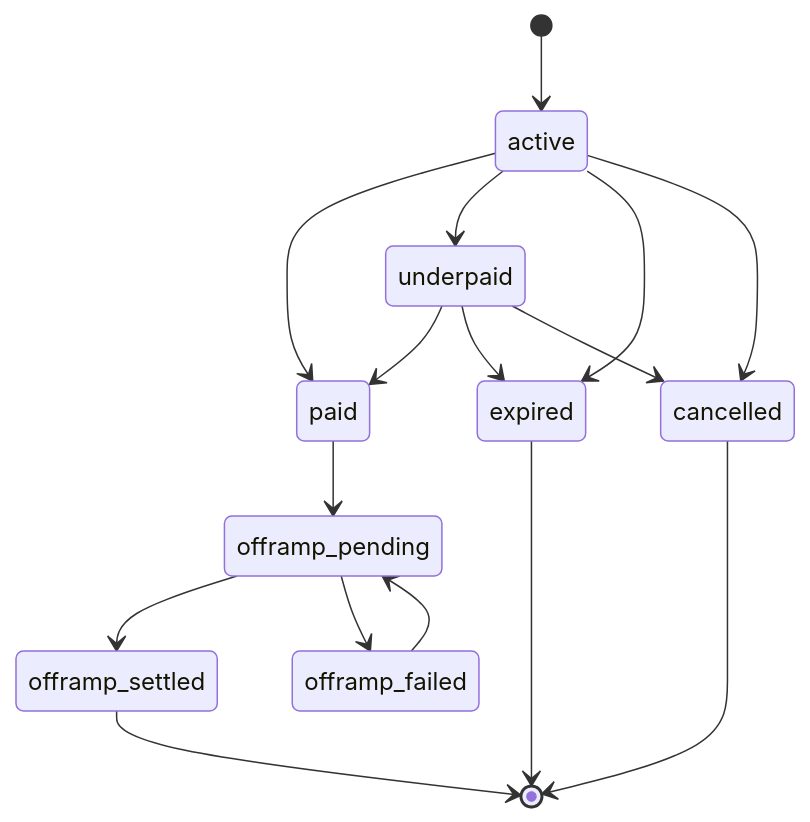
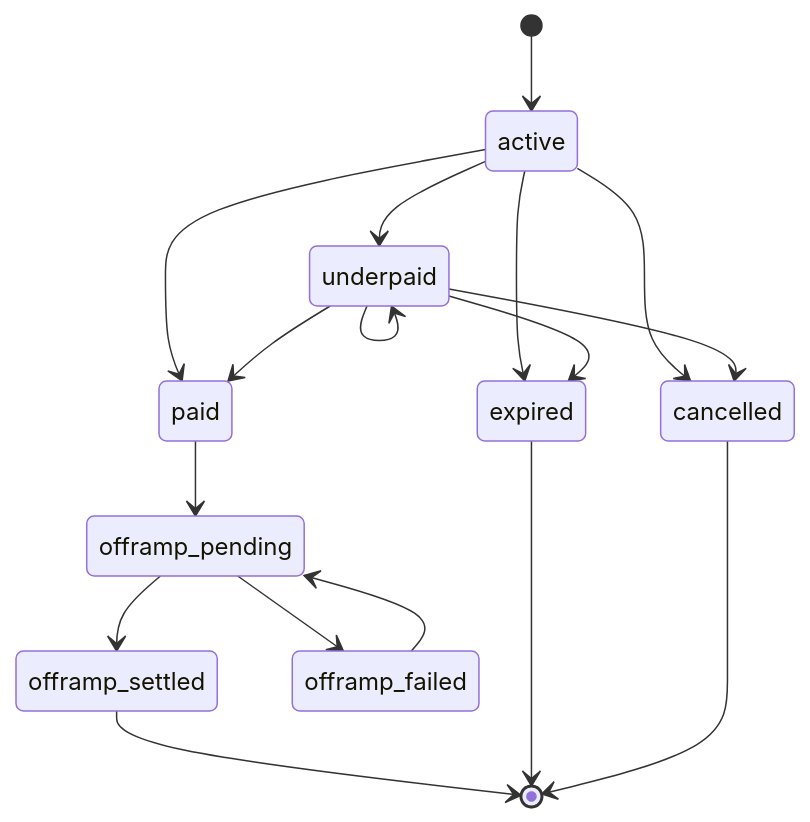
Before and after one commit to determined-001/Quay: the diagram in docs/generated/status-diagram.mmd, drawn with Mermaid. The commit also changed 1 other file, not shown here.

Commit message:
docs: regenerate status diagram for underpaid self-transition
Follow-up to #123 — the status diagram (CI-gated against status.ts)
wasn't regenerated when the underpaid->underpaid transition was added.

```diff
--- a/docs/generated/status-diagram.mmd
+++ b/docs/generated/status-diagram.mmd
@@ -1,16 +1,17 @@
 stateDiagram-v2
   [*] --> active
   active --> paid
   active --> underpaid
   active --> expired
   active --> cancelled
   underpaid --> paid
+  underpaid --> underpaid
   underpaid --> expired
   underpaid --> cancelled
   paid --> offramp_pending
   offramp_pending --> offramp_settled
   offramp_pending --> offramp_failed
   offramp_failed --> offramp_pending
   offramp_settled --> [*]
   expired --> [*]
   cancelled --> [*]
```
